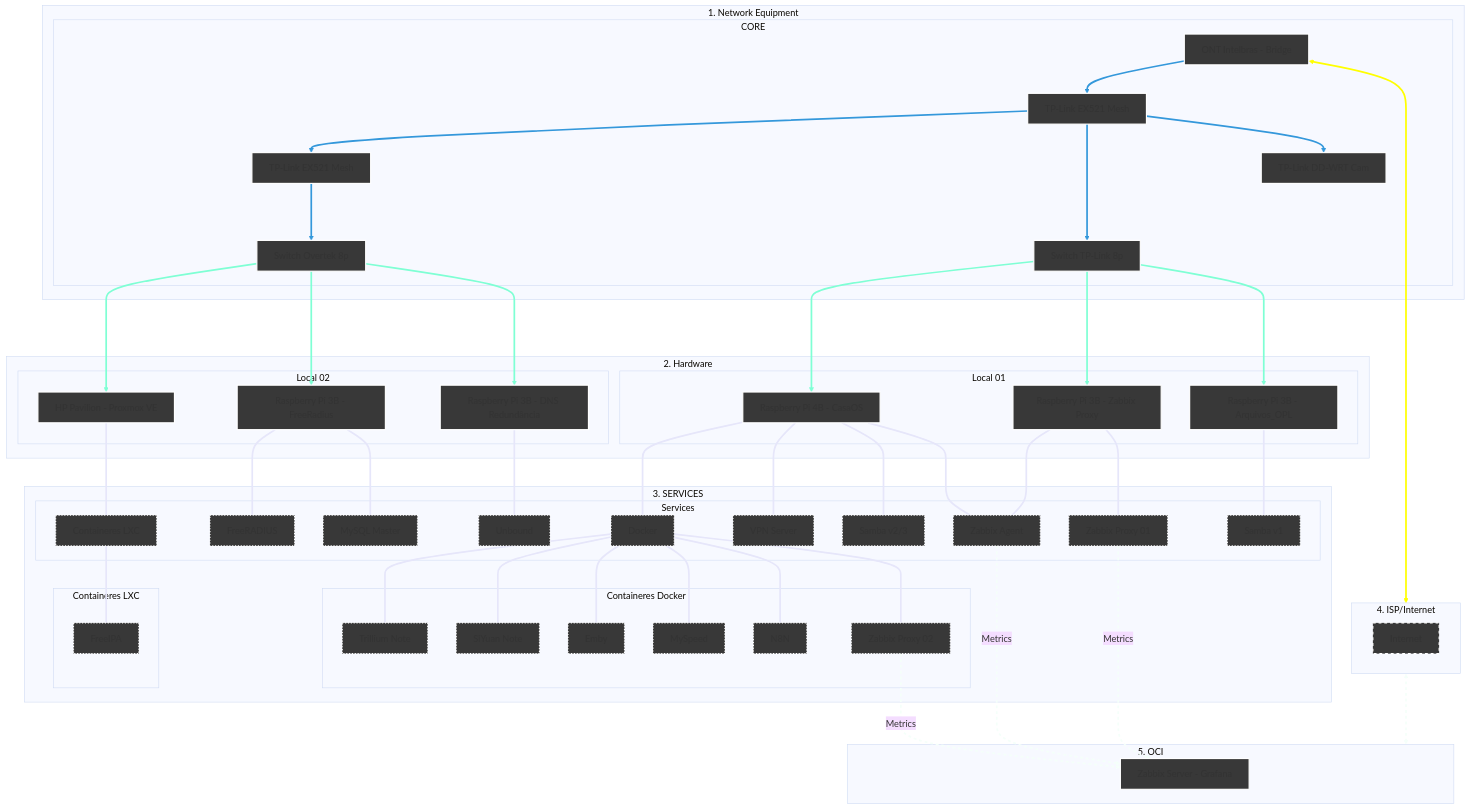
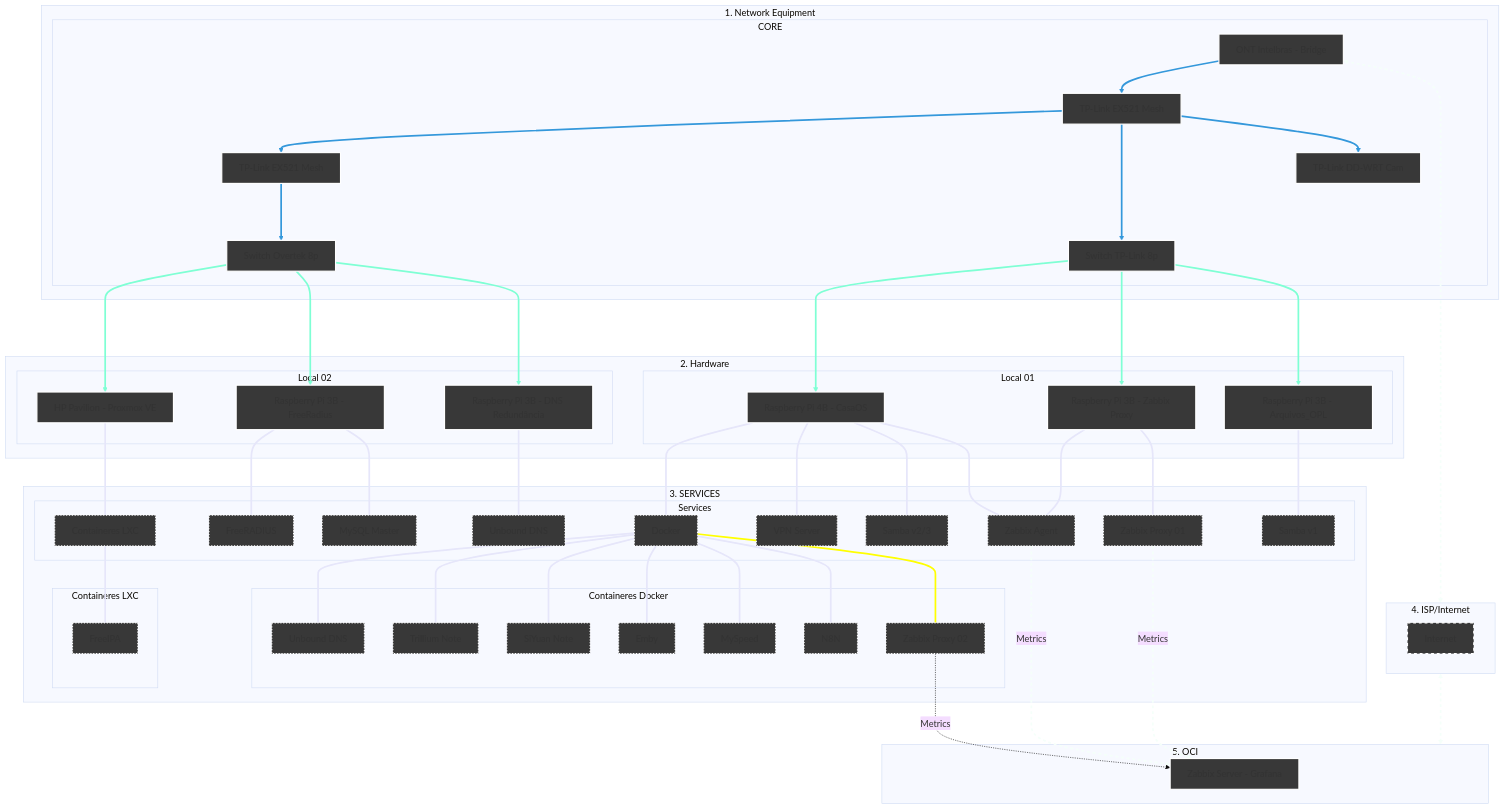
Before and after one commit to kevindexter22/Dr-Hardware-Autonet: the diagram in Infrastructure/README.md, drawn with Mermaid (base theme).

Commit message:
Rename Unbound service to Unbound DNS

```diff
--- a/Infrastructure/README.md
+++ b/Infrastructure/README.md
@@ -50,7 +50,7 @@
         HP --- PVE[Containeres LXC]:::services
         RPi3B_3 --- FreeRAD[FreeRADIUS]:::services
         RPi3B_3 --- BDMSQL[MySQL Master]:::services
-        RPi3B_4 --- UNB[Unbound]:::services
+        RPi3B_4 --- UNB2[Unbound DNS]:::services
         RPi4B --- Docker[Docker]:::services     
         RPi4B --- VPN[VPN Server]:::services
         RPi4B --- SMB2[Samba v2/3]:::services
@@ -63,6 +63,7 @@
         PVE --- FIPA[FreeIPA]:::services
     end
     subgraph S6 [Containeres Docker];
+        Docker --- UNB[Unbound DNS]:::services
         Docker --- TRILLIUM[Trillium Note]:::services
         Docker --- SIYUAN[SiYuan Note]:::services
         Docker --- EMBY[Emby]:::services
```
